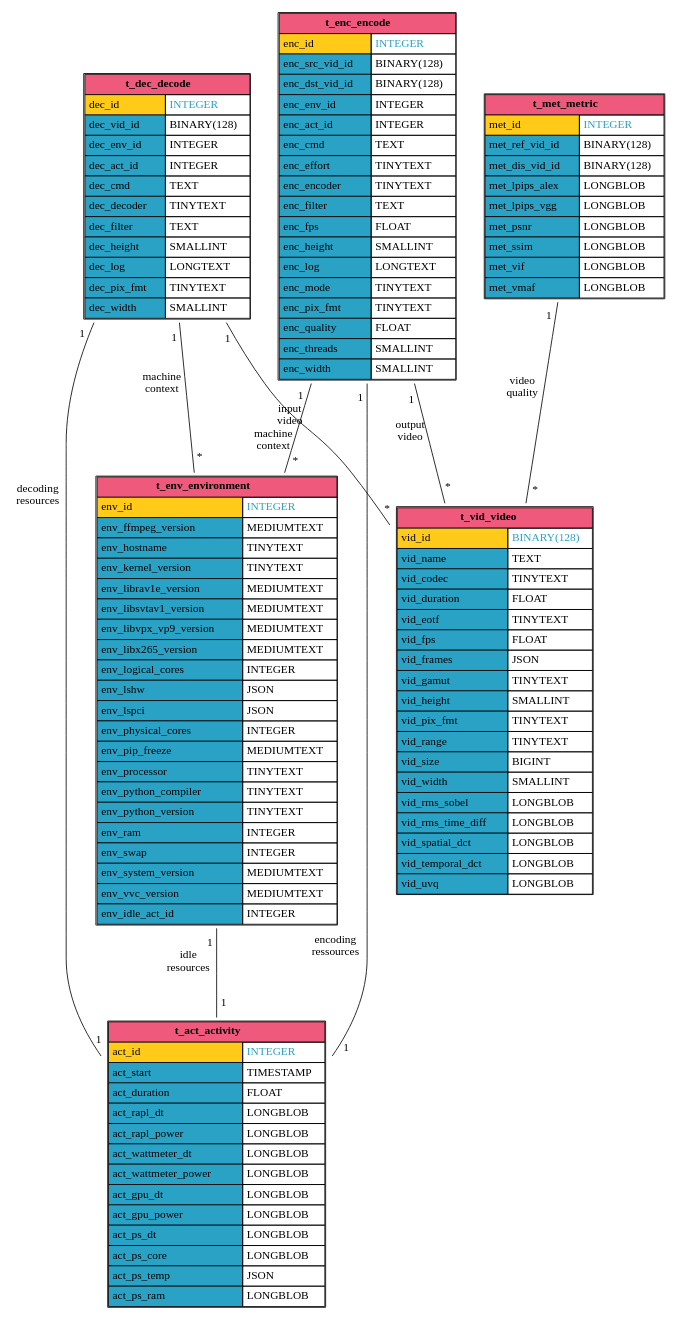
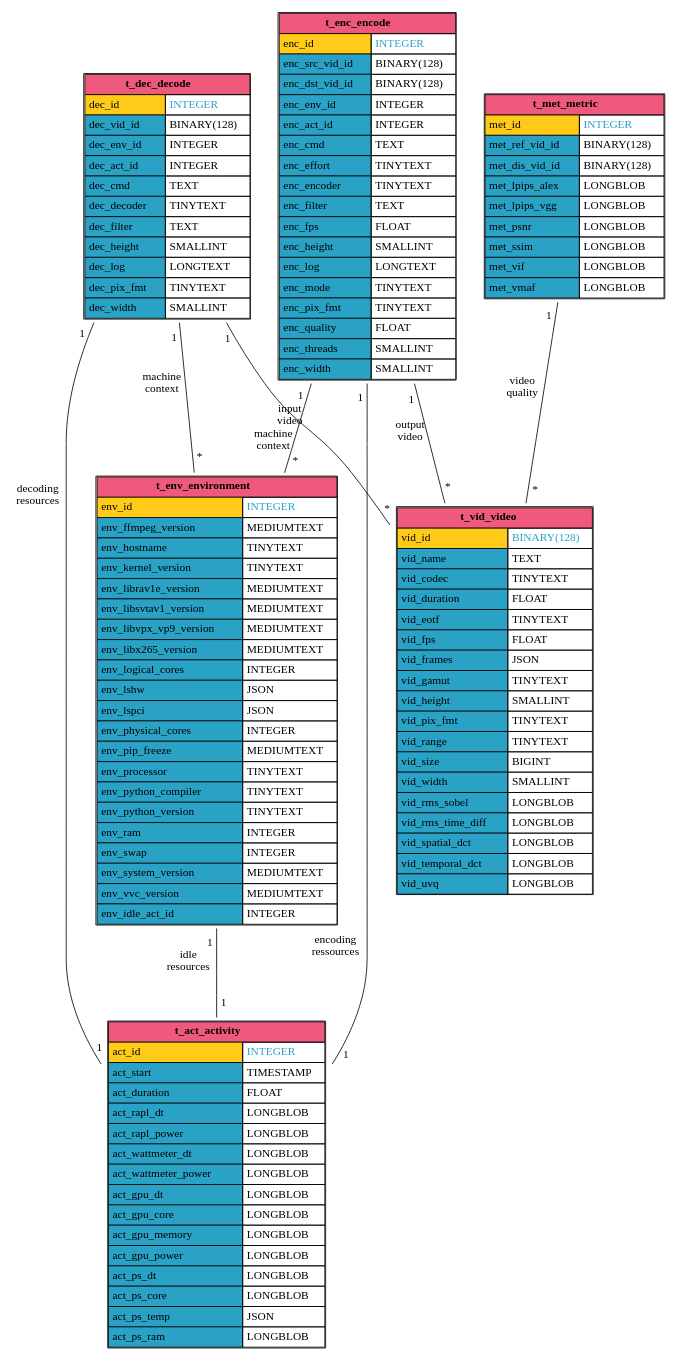
One commit to robinechuca/mendevi changed the diagram in docs/media/sql_database.dot. Above: the diagram before and after it, drawn with Graphviz. The commit also changed 13 other files, not shown here.

Commit message:
add gpu_core and gpu_memory in database

```diff
--- a/docs/media/sql_database.dot
+++ b/docs/media/sql_database.dot
@@ -1,144 +1,146 @@
 # dot -Tpdf sql_database.dot -o /tmp/sql_database.pdf && pdfcrop /tmp/sql_database.pdf sql_database.pdf
 # dot -Tsvg sql_database.dot > sql_database.svg
 graph database {
   node [shape=plaintext]
   t_act_activity [
     label=<
       <TABLE BORDER="1" CELLBORDER="1" CELLSPACING="0" CELLPADDING="4">
         <TR><TD COLSPAN="2" BGCOLOR="#ef597b"><B>t_act_activity</B></TD></TR>
         <TR><TD ALIGN="LEFT" BGCOLOR="#ffcb18">act_id</TD><TD ALIGN="LEFT"><FONT COLOR="#29a2c6">INTEGER</FONT></TD></TR>
         <TR><TD ALIGN="LEFT" BGCOLOR="#29a2c6">act_start</TD><TD ALIGN="LEFT">TIMESTAMP</TD></TR>
         <TR><TD ALIGN="LEFT" BGCOLOR="#29a2c6">act_duration</TD><TD ALIGN="LEFT">FLOAT</TD></TR>
         <TR><TD ALIGN="LEFT" BGCOLOR="#29a2c6">act_rapl_dt</TD><TD ALIGN="LEFT">LONGBLOB</TD></TR>
         <TR><TD ALIGN="LEFT" BGCOLOR="#29a2c6">act_rapl_power</TD><TD ALIGN="LEFT">LONGBLOB</TD></TR>
         <TR><TD ALIGN="LEFT" BGCOLOR="#29a2c6">act_wattmeter_dt</TD><TD ALIGN="LEFT">LONGBLOB</TD></TR>
         <TR><TD ALIGN="LEFT" BGCOLOR="#29a2c6">act_wattmeter_power</TD><TD ALIGN="LEFT">LONGBLOB</TD></TR>
         <TR><TD ALIGN="LEFT" BGCOLOR="#29a2c6">act_gpu_dt</TD><TD ALIGN="LEFT">LONGBLOB</TD></TR>
+        <TR><TD ALIGN="LEFT" BGCOLOR="#29a2c6">act_gpu_core</TD><TD ALIGN="LEFT">LONGBLOB</TD></TR>
+        <TR><TD ALIGN="LEFT" BGCOLOR="#29a2c6">act_gpu_memory</TD><TD ALIGN="LEFT">LONGBLOB</TD></TR>
         <TR><TD ALIGN="LEFT" BGCOLOR="#29a2c6">act_gpu_power</TD><TD ALIGN="LEFT">LONGBLOB</TD></TR>
         <TR><TD ALIGN="LEFT" BGCOLOR="#29a2c6">act_ps_dt</TD><TD ALIGN="LEFT">LONGBLOB</TD></TR>
         <TR><TD ALIGN="LEFT" BGCOLOR="#29a2c6">act_ps_core</TD><TD ALIGN="LEFT">LONGBLOB</TD></TR>
         <TR><TD ALIGN="LEFT" BGCOLOR="#29a2c6">act_ps_temp</TD><TD ALIGN="LEFT">JSON</TD></TR>
         <TR><TD ALIGN="LEFT" BGCOLOR="#29a2c6">act_ps_ram</TD><TD ALIGN="LEFT">LONGBLOB</TD></TR>
       </TABLE>
     >
   ];
   t_vid_video [
     label=<
       <TABLE BORDER="1" CELLBORDER="1" CELLSPACING="0" CELLPADDING="4">
         <TR><TD COLSPAN="2" BGCOLOR="#ef597b"><B>t_vid_video</B></TD></TR>
         <TR><TD ALIGN="LEFT" BGCOLOR="#ffcb18">vid_id</TD><TD ALIGN="LEFT"><FONT COLOR="#29a2c6">BINARY(128)</FONT></TD></TR>
         <TR><TD ALIGN="LEFT" BGCOLOR="#29a2c6">vid_name</TD><TD ALIGN="LEFT">TEXT</TD></TR>
         <TR><TD ALIGN="LEFT" BGCOLOR="#29a2c6">vid_codec</TD><TD ALIGN="LEFT">TINYTEXT</TD></TR>
         <TR><TD ALIGN="LEFT" BGCOLOR="#29a2c6">vid_duration</TD><TD ALIGN="LEFT">FLOAT</TD></TR>
         <TR><TD ALIGN="LEFT" BGCOLOR="#29a2c6">vid_eotf</TD><TD ALIGN="LEFT">TINYTEXT</TD></TR>
         <TR><TD ALIGN="LEFT" BGCOLOR="#29a2c6">vid_fps</TD><TD ALIGN="LEFT">FLOAT</TD></TR>
         <TR><TD ALIGN="LEFT" BGCOLOR="#29a2c6">vid_frames</TD><TD ALIGN="LEFT">JSON</TD></TR>
         <TR><TD ALIGN="LEFT" BGCOLOR="#29a2c6">vid_gamut</TD><TD ALIGN="LEFT">TINYTEXT</TD></TR>
         <TR><TD ALIGN="LEFT" BGCOLOR="#29a2c6">vid_height</TD><TD ALIGN="LEFT">SMALLINT</TD></TR>
         <TR><TD ALIGN="LEFT" BGCOLOR="#29a2c6">vid_pix_fmt</TD><TD ALIGN="LEFT">TINYTEXT</TD></TR>
         <TR><TD ALIGN="LEFT" BGCOLOR="#29a2c6">vid_range</TD><TD ALIGN="LEFT">TINYTEXT</TD></TR>
         <TR><TD ALIGN="LEFT" BGCOLOR="#29a2c6">vid_size</TD><TD ALIGN="LEFT">BIGINT</TD></TR>
         <TR><TD ALIGN="LEFT" BGCOLOR="#29a2c6">vid_width</TD><TD ALIGN="LEFT">SMALLINT</TD></TR>
         <TR><TD ALIGN="LEFT" BGCOLOR="#29a2c6">vid_rms_sobel</TD><TD ALIGN="LEFT">LONGBLOB</TD></TR>
         <TR><TD ALIGN="LEFT" BGCOLOR="#29a2c6">vid_rms_time_diff</TD><TD ALIGN="LEFT">LONGBLOB</TD></TR>
         <TR><TD ALIGN="LEFT" BGCOLOR="#29a2c6">vid_spatial_dct</TD><TD ALIGN="LEFT">LONGBLOB</TD></TR>
         <TR><TD ALIGN="LEFT" BGCOLOR="#29a2c6">vid_temporal_dct</TD><TD ALIGN="LEFT">LONGBLOB</TD></TR>
         <TR><TD ALIGN="LEFT" BGCOLOR="#29a2c6">vid_uvq</TD><TD ALIGN="LEFT">LONGBLOB</TD></TR>
       </TABLE>
     >
   ];
   t_met_metric [
     label=<
       <TABLE BORDER="1" CELLBORDER="1" CELLSPACING="0" CELLPADDING="4">
         <TR><TD COLSPAN="2" BGCOLOR="#ef597b"><B>t_met_metric</B></TD></TR>
         <TR><TD ALIGN="LEFT" BGCOLOR="#ffcb18">met_id</TD><TD ALIGN="LEFT"><FONT COLOR="#29a2c6">INTEGER</FONT></TD></TR>
         <TR><TD ALIGN="LEFT" BGCOLOR="#29a2c6">met_ref_vid_id</TD><TD ALIGN="LEFT">BINARY(128)</TD></TR>
         <TR><TD ALIGN="LEFT" BGCOLOR="#29a2c6">met_dis_vid_id</TD><TD ALIGN="LEFT">BINARY(128)</TD></TR>
         <TR><TD ALIGN="LEFT" BGCOLOR="#29a2c6">met_lpips_alex</TD><TD ALIGN="LEFT">LONGBLOB</TD></TR>
         <TR><TD ALIGN="LEFT" BGCOLOR="#29a2c6">met_lpips_vgg</TD><TD ALIGN="LEFT">LONGBLOB</TD></TR>
         <TR><TD ALIGN="LEFT" BGCOLOR="#29a2c6">met_psnr</TD><TD ALIGN="LEFT">LONGBLOB</TD></TR>
         <TR><TD ALIGN="LEFT" BGCOLOR="#29a2c6">met_ssim</TD><TD ALIGN="LEFT">LONGBLOB</TD></TR>
         <TR><TD ALIGN="LEFT" BGCOLOR="#29a2c6">met_vif</TD><TD ALIGN="LEFT">LONGBLOB</TD></TR>
         <TR><TD ALIGN="LEFT" BGCOLOR="#29a2c6">met_vmaf</TD><TD ALIGN="LEFT">LONGBLOB</TD></TR>
       </TABLE>
     >
   ];
   t_env_environment [
     label=<
       <TABLE BORDER="1" CELLBORDER="1" CELLSPACING="0" CELLPADDING="4">
         <TR><TD COLSPAN="2" BGCOLOR="#ef597b"><B>t_env_environment</B></TD></TR>
         <TR><TD ALIGN="LEFT" BGCOLOR="#ffcb18">env_id</TD><TD ALIGN="LEFT"><FONT COLOR="#29a2c6">INTEGER</FONT></TD></TR>
         <TR><TD ALIGN="LEFT" BGCOLOR="#29a2c6">env_ffmpeg_version</TD><TD ALIGN="LEFT">MEDIUMTEXT</TD></TR>
         <TR><TD ALIGN="LEFT" BGCOLOR="#29a2c6">env_hostname</TD><TD ALIGN="LEFT">TINYTEXT</TD></TR>
         <TR><TD ALIGN="LEFT" BGCOLOR="#29a2c6">env_kernel_version</TD><TD ALIGN="LEFT">TINYTEXT</TD></TR>
         <TR><TD ALIGN="LEFT" BGCOLOR="#29a2c6">env_librav1e_version</TD><TD ALIGN="LEFT">MEDIUMTEXT</TD></TR>
         <TR><TD ALIGN="LEFT" BGCOLOR="#29a2c6">env_libsvtav1_version</TD><TD ALIGN="LEFT">MEDIUMTEXT</TD></TR>
         <TR><TD ALIGN="LEFT" BGCOLOR="#29a2c6">env_libvpx_vp9_version</TD><TD ALIGN="LEFT">MEDIUMTEXT</TD></TR>
         <TR><TD ALIGN="LEFT" BGCOLOR="#29a2c6">env_libx265_version</TD><TD ALIGN="LEFT">MEDIUMTEXT</TD></TR>
         <TR><TD ALIGN="LEFT" BGCOLOR="#29a2c6">env_logical_cores</TD><TD ALIGN="LEFT">INTEGER</TD></TR>
         <TR><TD ALIGN="LEFT" BGCOLOR="#29a2c6">env_lshw</TD><TD ALIGN="LEFT">JSON</TD></TR>
         <TR><TD ALIGN="LEFT" BGCOLOR="#29a2c6">env_lspci</TD><TD ALIGN="LEFT">JSON</TD></TR>
         <TR><TD ALIGN="LEFT" BGCOLOR="#29a2c6">env_physical_cores</TD><TD ALIGN="LEFT">INTEGER</TD></TR>
         <TR><TD ALIGN="LEFT" BGCOLOR="#29a2c6">env_pip_freeze</TD><TD ALIGN="LEFT">MEDIUMTEXT</TD></TR>
         <TR><TD ALIGN="LEFT" BGCOLOR="#29a2c6">env_processor</TD><TD ALIGN="LEFT">TINYTEXT</TD></TR>
         <TR><TD ALIGN="LEFT" BGCOLOR="#29a2c6">env_python_compiler</TD><TD ALIGN="LEFT">TINYTEXT</TD></TR>
         <TR><TD ALIGN="LEFT" BGCOLOR="#29a2c6">env_python_version</TD><TD ALIGN="LEFT">TINYTEXT</TD></TR>
         <TR><TD ALIGN="LEFT" BGCOLOR="#29a2c6">env_ram</TD><TD ALIGN="LEFT">INTEGER</TD></TR>
         <TR><TD ALIGN="LEFT" BGCOLOR="#29a2c6">env_swap</TD><TD ALIGN="LEFT">INTEGER</TD></TR>
         <TR><TD ALIGN="LEFT" BGCOLOR="#29a2c6">env_system_version</TD><TD ALIGN="LEFT">MEDIUMTEXT</TD></TR>
         <TR><TD ALIGN="LEFT" BGCOLOR="#29a2c6">env_vvc_version</TD><TD ALIGN="LEFT">MEDIUMTEXT</TD></TR>
         <TR><TD ALIGN="LEFT" BGCOLOR="#29a2c6">env_idle_act_id</TD><TD ALIGN="LEFT">INTEGER</TD></TR>
       </TABLE>
     >
   ];
   t_dec_decode [
     label=<
       <TABLE BORDER="1" CELLBORDER="1" CELLSPACING="0" CELLPADDING="4">
         <TR><TD COLSPAN="2" BGCOLOR="#ef597b"><B>t_dec_decode</B></TD></TR>
         <TR><TD ALIGN="LEFT" BGCOLOR="#ffcb18">dec_id</TD><TD ALIGN="LEFT"><FONT COLOR="#29a2c6">INTEGER</FONT></TD></TR>
         <TR><TD ALIGN="LEFT" BGCOLOR="#29a2c6">dec_vid_id</TD><TD ALIGN="LEFT">BINARY(128)</TD></TR>
         <TR><TD ALIGN="LEFT" BGCOLOR="#29a2c6">dec_env_id</TD><TD ALIGN="LEFT">INTEGER</TD></TR>
         <TR><TD ALIGN="LEFT" BGCOLOR="#29a2c6">dec_act_id</TD><TD ALIGN="LEFT">INTEGER</TD></TR>
         <TR><TD ALIGN="LEFT" BGCOLOR="#29a2c6">dec_cmd</TD><TD ALIGN="LEFT">TEXT</TD></TR>
         <TR><TD ALIGN="LEFT" BGCOLOR="#29a2c6">dec_decoder</TD><TD ALIGN="LEFT">TINYTEXT</TD></TR>
         <TR><TD ALIGN="LEFT" BGCOLOR="#29a2c6">dec_filter</TD><TD ALIGN="LEFT">TEXT</TD></TR>
         <TR><TD ALIGN="LEFT" BGCOLOR="#29a2c6">dec_height</TD><TD ALIGN="LEFT">SMALLINT</TD></TR>
         <TR><TD ALIGN="LEFT" BGCOLOR="#29a2c6">dec_log</TD><TD ALIGN="LEFT">LONGTEXT</TD></TR>
         <TR><TD ALIGN="LEFT" BGCOLOR="#29a2c6">dec_pix_fmt</TD><TD ALIGN="LEFT">TINYTEXT</TD></TR>
         <TR><TD ALIGN="LEFT" BGCOLOR="#29a2c6">dec_width</TD><TD ALIGN="LEFT">SMALLINT</TD></TR>
       </TABLE>
     >
   ];
   t_enc_encode [
     label=<
       <TABLE BORDER="1" CELLBORDER="1" CELLSPACING="0" CELLPADDING="4">
         <TR><TD COLSPAN="2" BGCOLOR="#ef597b"><B>t_enc_encode</B></TD></TR>
         <TR><TD ALIGN="LEFT" BGCOLOR="#ffcb18">enc_id</TD><TD ALIGN="LEFT"><FONT COLOR="#29a2c6">INTEGER</FONT></TD></TR>
         <TR><TD ALIGN="LEFT" BGCOLOR="#29a2c6">enc_src_vid_id</TD><TD ALIGN="LEFT">BINARY(128)</TD></TR>
         <TR><TD ALIGN="LEFT" BGCOLOR="#29a2c6">enc_dst_vid_id</TD><TD ALIGN="LEFT">BINARY(128)</TD></TR>
         <TR><TD ALIGN="LEFT" BGCOLOR="#29a2c6">enc_env_id</TD><TD ALIGN="LEFT">INTEGER</TD></TR>
         <TR><TD ALIGN="LEFT" BGCOLOR="#29a2c6">enc_act_id</TD><TD ALIGN="LEFT">INTEGER</TD></TR>
         <TR><TD ALIGN="LEFT" BGCOLOR="#29a2c6">enc_cmd</TD><TD ALIGN="LEFT">TEXT</TD></TR>
         <TR><TD ALIGN="LEFT" BGCOLOR="#29a2c6">enc_effort</TD><TD ALIGN="LEFT">TINYTEXT</TD></TR>
         <TR><TD ALIGN="LEFT" BGCOLOR="#29a2c6">enc_encoder</TD><TD ALIGN="LEFT">TINYTEXT</TD></TR>
         <TR><TD ALIGN="LEFT" BGCOLOR="#29a2c6">enc_filter</TD><TD ALIGN="LEFT">TEXT</TD></TR>
         <TR><TD ALIGN="LEFT" BGCOLOR="#29a2c6">enc_fps</TD><TD ALIGN="LEFT">FLOAT</TD></TR>
         <TR><TD ALIGN="LEFT" BGCOLOR="#29a2c6">enc_height</TD><TD ALIGN="LEFT">SMALLINT</TD></TR>
         <TR><TD ALIGN="LEFT" BGCOLOR="#29a2c6">enc_log</TD><TD ALIGN="LEFT">LONGTEXT</TD></TR>
         <TR><TD ALIGN="LEFT" BGCOLOR="#29a2c6">enc_mode</TD><TD ALIGN="LEFT">TINYTEXT</TD></TR>
         <TR><TD ALIGN="LEFT" BGCOLOR="#29a2c6">enc_pix_fmt</TD><TD ALIGN="LEFT">TINYTEXT</TD></TR>
         <TR><TD ALIGN="LEFT" BGCOLOR="#29a2c6">enc_quality</TD><TD ALIGN="LEFT">FLOAT</TD></TR>
         <TR><TD ALIGN="LEFT" BGCOLOR="#29a2c6">enc_threads</TD><TD ALIGN="LEFT">SMALLINT</TD></TR>
         <TR><TD ALIGN="LEFT" BGCOLOR="#29a2c6">enc_width</TD><TD ALIGN="LEFT">SMALLINT</TD></TR>
       </TABLE>
     >
   ];
   t_enc_encode -- t_act_activity [minlen=3, taillabel="1", headlabel="1", xlabel="encoding\nressources", labeldistance=2.0]
   t_enc_encode -- t_env_environment [minlen=3, taillabel="1", headlabel="*", xlabel="machine\ncontext", labeldistance=2.0]
   t_enc_encode -- t_vid_video [minlen=3, taillabel="1", headlabel="*", xlabel="output\nvideo", labeldistance=2.0]
   t_met_metric -- t_vid_video [minlen=3, taillabel="1", headlabel="*", xlabel="video\nquality", labeldistance=2.0]
   t_dec_decode -- t_act_activity [minlen=3, taillabel="1", headlabel="1", xlabel="decoding\nresources", labeldistance=2.0]
   t_dec_decode -- t_env_environment [minlen=3, taillabel="1", headlabel="*", xlabel="machine\ncontext", labeldistance=2.0]
   t_dec_decode -- t_vid_video [minlen=3, taillabel="1", headlabel="*", xlabel="input\nvideo", labeldistance=2.0]
   t_env_environment -- t_act_activity [minlen=3, taillabel="1", headlabel="1", xlabel="idle\nresources", labeldistance=2.0]
 }
```
